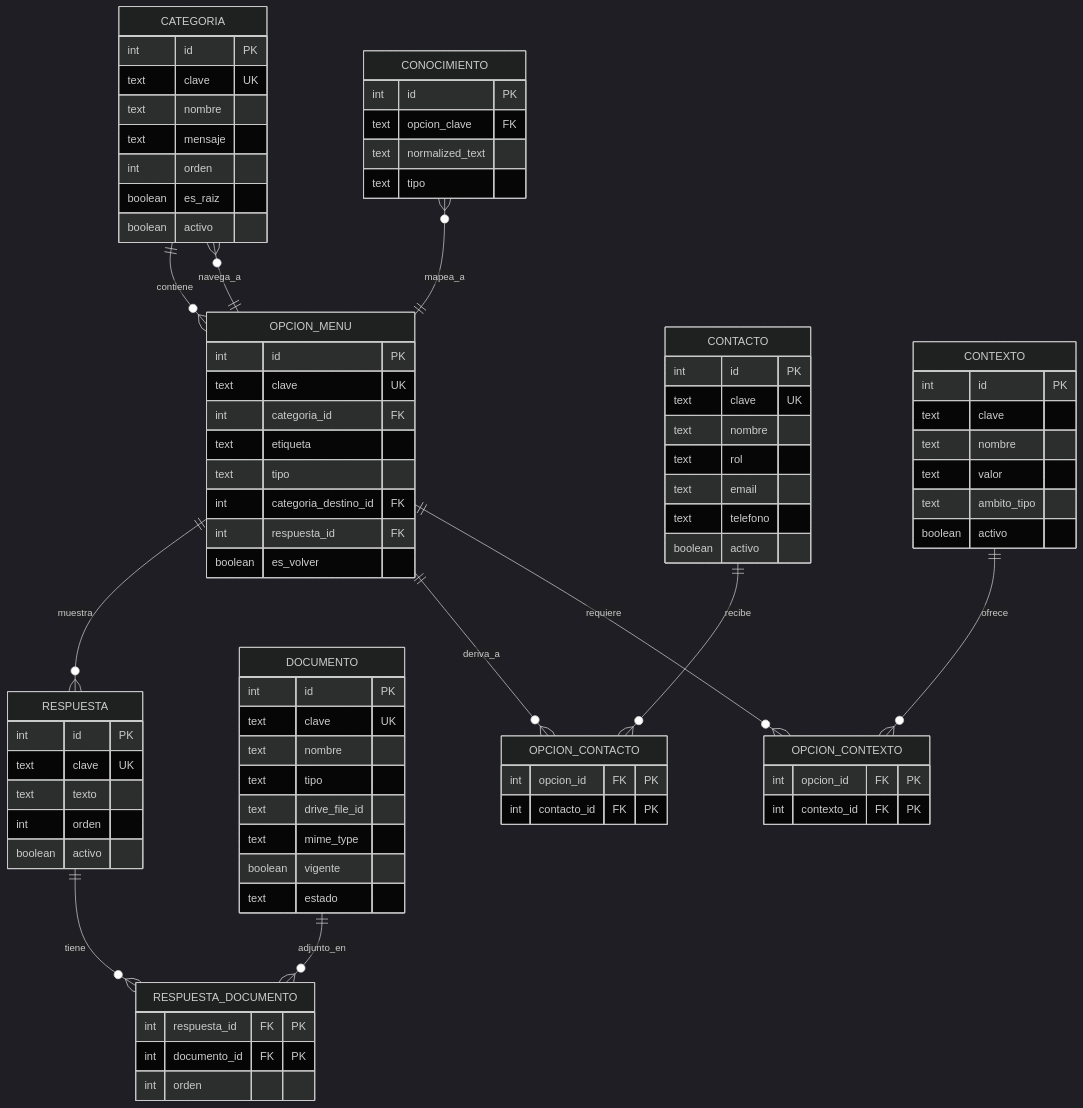
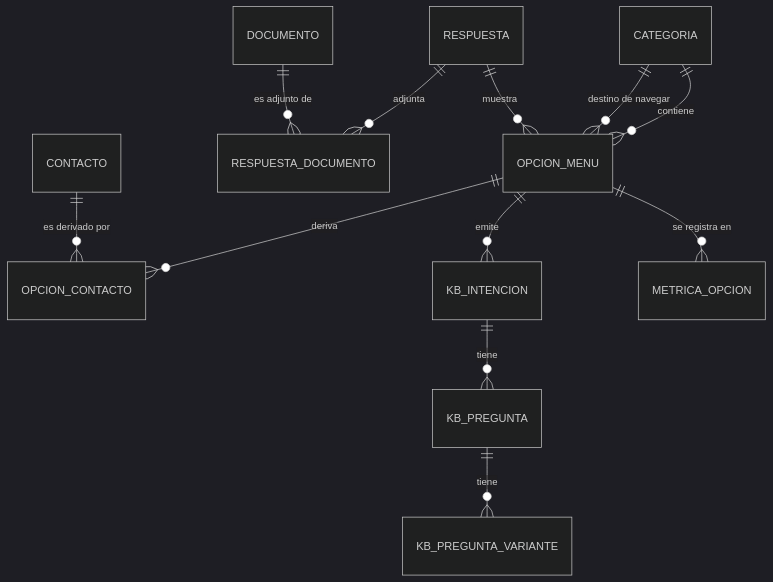
Before and after one commit to syntax-software-studio/chatbot-ifts29: the diagram in docs/desarrollo-e-integracion/04-base-datos.md, drawn with Mermaid (dark theme). The commit also changed other lines of this file and 8 other files, not shown here.

````diff
--- a/docs/desarrollo-e-integracion/04-base-datos.md
+++ b/docs/desarrollo-e-integracion/04-base-datos.md
@@ -11,95 +58,14 @@
 ```mermaid
 erDiagram
     CATEGORIA ||--o{ OPCION_MENU : contiene
-    OPCION_MENU ||--o{ CATEGORIA : navega_a
-    OPCION_MENU ||--o{ RESPUESTA : muestra
-    RESPUESTA ||--o{ RESPUESTA_DOCUMENTO : tiene
-    DOCUMENTO ||--o{ RESPUESTA_DOCUMENTO : adjunto_en
-    OPCION_MENU ||--o{ OPCION_CONTACTO : deriva_a
-    CONTACTO ||--o{ OPCION_CONTACTO : recibe
-    OPCION_MENU ||--o{ OPCION_CONTEXTO : requiere
-    CONTEXTO ||--o{ OPCION_CONTEXTO : ofrece
-    CONOCIMIENTO }o--|| OPCION_MENU : mapea_a
-
-    CATEGORIA {
-        int id PK
-        text clave UK
-        text nombre
-        text mensaje
-        int orden
-        boolean es_raiz
-        boolean activo
-    }
-
-    OPCION_MENU {
-        int id PK
-        text clave UK
-        int categoria_id FK
-        text etiqueta
-        text tipo
-        int categoria_destino_id FK
-        int respuesta_id FK
-        boolean es_volver
-    }
-
-    RESPUESTA {
-        int id PK
-        text clave UK
-        text texto
-        int orden
-        boolean activo
-    }
-
-    DOCUMENTO {
-        int id PK
-        text clave UK
-        text nombre
-        text tipo
-        text drive_file_id
-        text mime_type
-        boolean vigente
-        text estado
-    }
-
-    RESPUESTA_DOCUMENTO {
-        int respuesta_id FK "PK"
-        int documento_id FK "PK"
-        int orden
-    }
-
-    CONTACTO {
-        int id PK
-        text clave UK
-        text nombre
-        text rol
-        text email
-        text telefono
-        boolean activo
-    }
-
-    OPCION_CONTACTO {
-        int opcion_id FK "PK"
-        int contacto_id FK "PK"
-    }
-
-    CONTEXTO {
-        int id PK
-        text clave
-        text nombre
-        text valor
-        text ambito_tipo
-        boolean activo
-    }
-
-    OPCION_CONTEXTO {
-        int opcion_id FK "PK"
-        int contexto_id FK "PK"
-    }
-
-    CONOCIMIENTO {
-        int id PK
-        text opcion_clave FK
-        text normalized_text
-        text tipo
-    }
+    CATEGORIA ||--o{ OPCION_MENU : "destino de navegar"
+    RESPUESTA ||--o{ OPCION_MENU : muestra
+    RESPUESTA ||--o{ RESPUESTA_DOCUMENTO : adjunta
+    DOCUMENTO ||--o{ RESPUESTA_DOCUMENTO : "es adjunto de"
+    OPCION_MENU ||--o{ OPCION_CONTACTO : deriva
+    CONTACTO ||--o{ OPCION_CONTACTO : "es derivado por"
+    OPCION_MENU ||--o{ KB_INTENCION : "emite"
+    KB_INTENCION ||--o{ KB_PREGUNTA : tiene
+    KB_PREGUNTA ||--o{ KB_PREGUNTA_VARIANTE : tiene
+    OPCION_MENU ||--o{ METRICA_OPCION : "se registra en"
 ```
````
